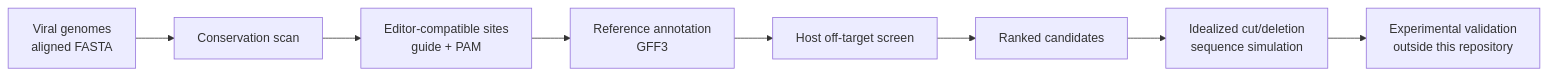
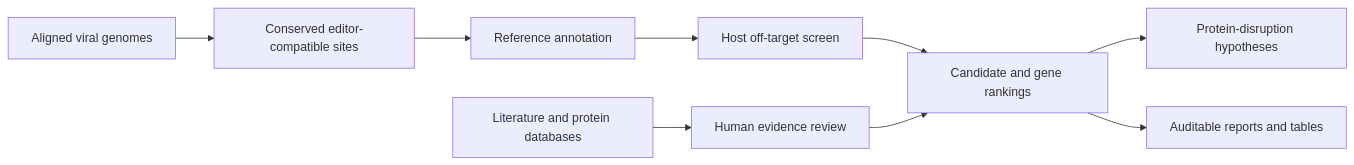
One commit to ronnuriel/ViralSafeTarget changed the diagram in README.md. Above: the diagram before and after it, drawn with Mermaid. The commit also changed other lines of this file and 44 other files, not shown here.

````diff
--- a/README.md
+++ b/README.md
@@ -11,10 +51,11 @@
 ```mermaid
 flowchart LR
-    A[Viral genomes<br/>aligned FASTA] --> B[Conservation scan]
-    B --> C[Editor-compatible sites<br/>guide + PAM]
-    C --> D[Reference annotation<br/>GFF3]
-    D --> E[Host off-target screen]
-    E --> F[Ranked candidates]
-    F --> G[Idealized cut/deletion<br/>sequence simulation]
-    G --> H[Experimental validation<br/>outside this repository]
+    A["Aligned viral genomes"] --> B["Conserved editor-compatible sites"]
+    B --> C["Reference annotation"]
+    C --> D["Host off-target screen"]
+    D --> E["Candidate and gene rankings"]
+    E --> F["Protein-disruption hypotheses"]
+    G["Literature and protein databases"] --> H["Human evidence review"]
+    H --> E
+    E --> I["Auditable reports and tables"]
 ```
````
